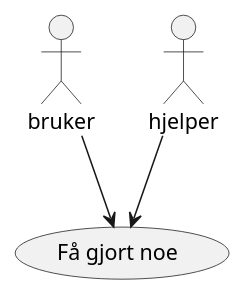
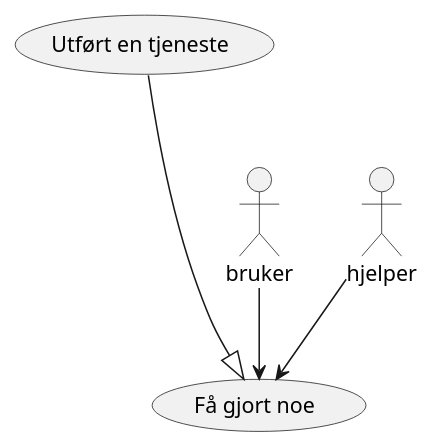
One commit to rockphotog/hida changed the diagram in usecase.plantuml. Above: the diagram before and after it, drawn with PlantUML. The commit also changed 1 other file, not shown here.

Commit message:
Test EasyPlantUML-app

```diff
--- a/usecase.plantuml
+++ b/usecase.plantuml
@@ -1,10 +1,12 @@
 @startuml
-usecase "Få gjort noe"
+usecase "Få gjort noe" 
+usecase "Utført en tjeneste"
 
 actor bruker
 actor hjelper
 
 bruker --> "Få gjort noe"
 hjelper --> "Få gjort noe"
+"Utført en tjeneste" ---|> "Få gjort noe"
 
 @enduml
```
